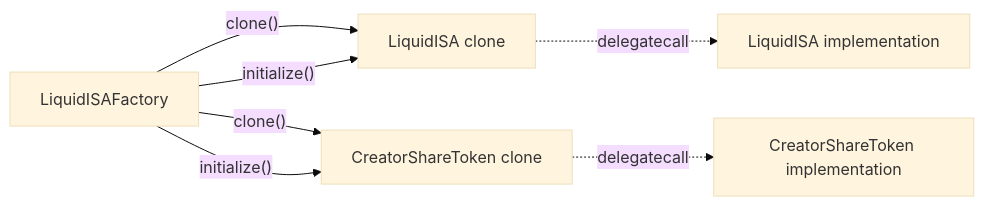
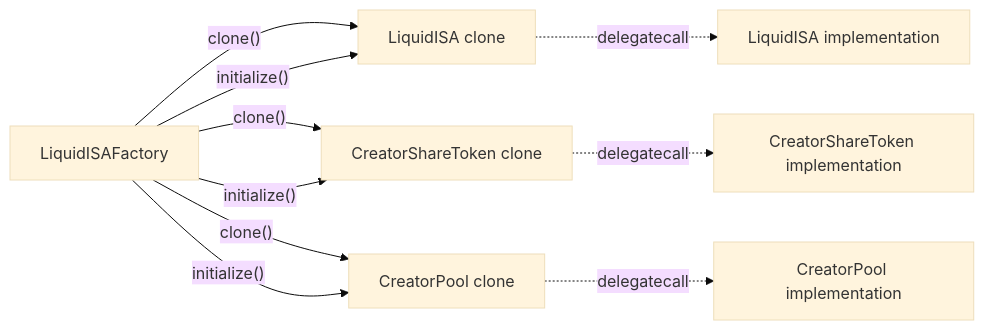
The first of 2 diagrams in docs/contracts.md (predatorx7/stakeme-ex), drawn with Mermaid (base theme) before and after one commit. The commit also changed other lines of this file and 185 other files, not shown here.

````diff
--- a/docs/contracts.md
+++ b/docs/contracts.md
@@ -28,9 +38,12 @@
 ```mermaid
 flowchart LR
 	F["LiquidISAFactory"] -- "clone()" --> I["LiquidISA clone"]
 	F -- "clone()" --> T["CreatorShareToken clone"]
+	F -- "clone()" --> P["CreatorPool clone"]
 	I -. "delegatecall" .-> IA["LiquidISA implementation"]
 	T -. "delegatecall" .-> TA["CreatorShareToken implementation"]
+	P -. "delegatecall" .-> PA["CreatorPool implementation"]
 	F -- "initialize()" --> I
 	F -- "initialize()" --> T
+	F -- "initialize()" --> P
 ```
````
